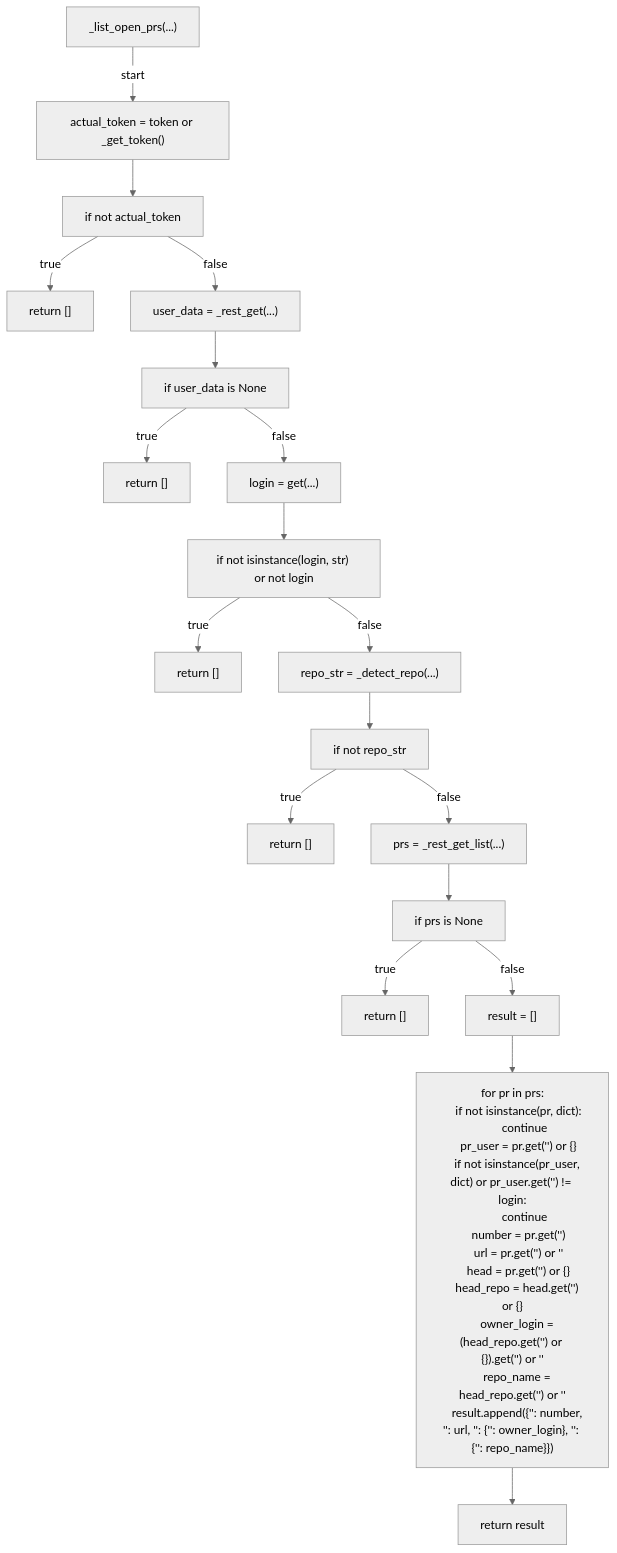
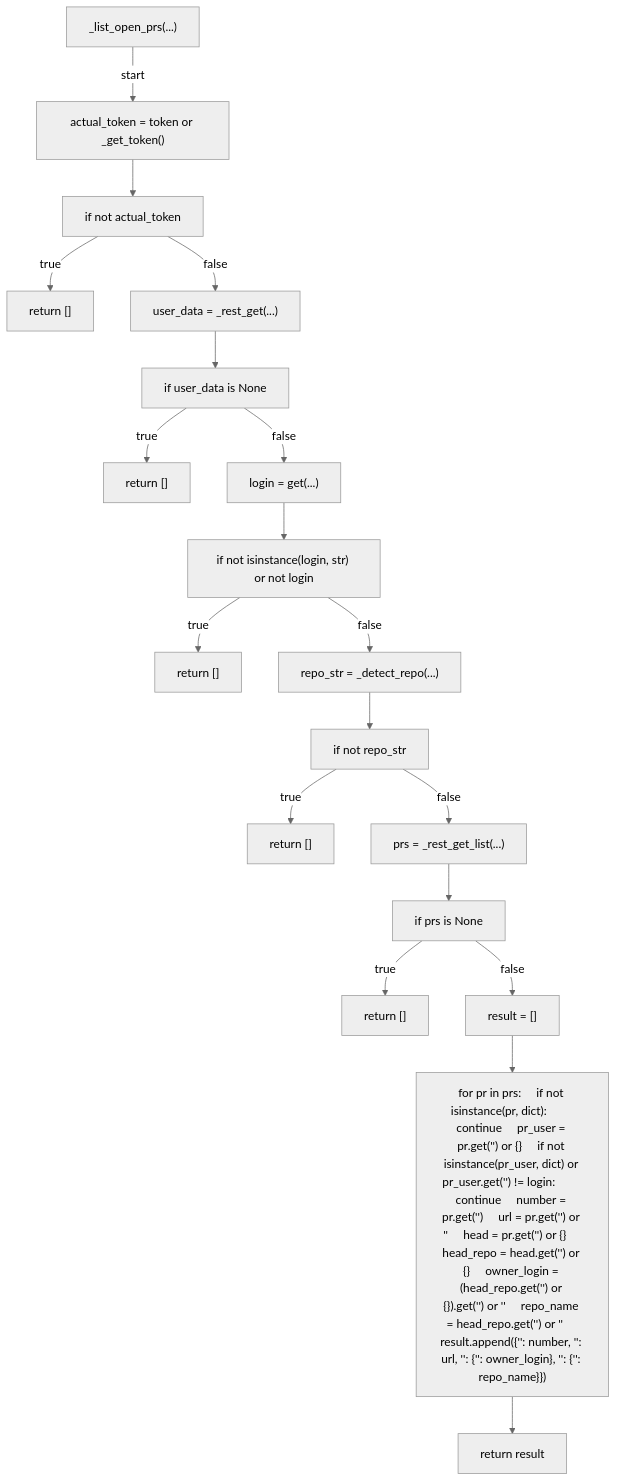
The tenth of 12 diagrams in docs/generated/scripts/ast/check_pr_mergeability.md (tvna/claude-md), drawn with Mermaid (neutral theme) before and after one commit. The commit also changed other lines of this file and 20 other files, not shown here.

First line of the commit message:
docs(generated): regenerate decision tree and workflow diagrams (batch 1/5)

````diff
--- a/docs/generated/scripts/ast/check_pr_mergeability.md
+++ b/docs/generated/scripts/ast/check_pr_mergeability.md
@@ -261,52 +236,40 @@
 ```mermaid
 flowchart TD
     N001["_list_open_prs(...)"]
     N002["actual_token = token or _get_token()"]
     N003["if not actual_token"]
     N004["return []"]
     N005["user_data = _rest_get(...)"]
     N006["if user_data is None"]
     N007["return []"]
     N008["login = get(...)"]
     N009["if not isinstance(login, str) or not login"]
     N010["return []"]
     N011["repo_str = _detect_repo(...)"]
     N012["if not repo_str"]
     N013["return []"]
     N014["prs = _rest_get_list(...)"]
     N015["if prs is None"]
     N016["return []"]
     N017["result = []"]
-    N018["for pr in prs:
-    if not isinstance(pr, dict):
-        continue
-    pr_user = pr.get('<str>') or {}
-    if not isinstance(pr_user, dict) or pr_user.get('<str>') != login:
-        continue
-    number = pr.get('<str>')
-    url = pr.get('<str>') or '<str>'
-    head = pr.get('<str>') or {}
-    head_repo = head.get('<str>') or {}
-    owner_login = (head_repo.get('<str>') or {}).get('<str>') or '<str>'
-    repo_name = head_repo.get('<str>') or '<str>'
-    result.append({'<str>': number, '<str>': url, '<str>': {'<str>': owner_login}, '<str>': {'<str>': repo_name}})"]
+    N018["for pr in prs:     if not isinstance(pr, dict):         continue     pr_user = pr.get('<str>') or {}     if not isinstance(pr_user, dict) or pr_user.get('<str>') != login:         continue     number = pr.get('<str>')     url = pr.get('<str>') or '<str>'     head = pr.get('<str>') or {}     head_repo = head.get('<str>') or {}     owner_login = (head_repo.get('<str>') or {}).get('<str>') or '<str>'     repo_name = head_repo.get('<str>') or '<str>'     result.append({'<str>': number, '<str>': url, '<str>': {'<str>': owner_login}, '<str>': {'<str>': repo_name}})"]
     N019["return result"]
     N001 -->|"start"| N002
     N002 --> N003
     N003 -->|"true"| N004
     N003 -->|"false"| N005
     N005 --> N006
     N006 -->|"true"| N007
     N006 -->|"false"| N008
     N008 --> N009
     N009 -->|"true"| N010
     N009 -->|"false"| N011
     N011 --> N012
     N012 -->|"true"| N013
     N012 -->|"false"| N014
     N014 --> N015
     N015 -->|"true"| N016
     N015 -->|"false"| N017
     N017 --> N018
     N018 --> N019
 ```
````
